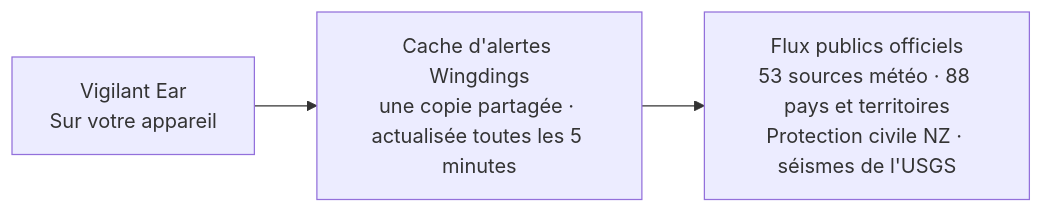
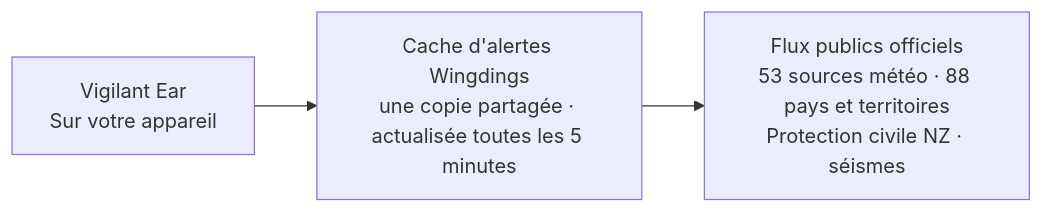
Before and after one commit to rpalm01-star/VigilantEarLegal: the fourth of 4 diagrams in README_fr.md, drawn with Mermaid. The commit also changed other lines of this file and 47 other files, not shown here.

````diff
--- a/README_fr.md
+++ b/README_fr.md
@@ -171,5 +171,5 @@
 ```mermaid
 graph LR
     P1["Vigilant Ear<br/>Sur votre appareil"] --> W["Cache d'alertes Wingdings<br/>une copie partagée · actualisée toutes les 5 minutes"]
-    W --> N["Flux publics officiels<br/>53 sources météo · 88 pays et territoires<br/>Protection civile NZ · séismes de l'USGS"]
+    W --> N["Flux publics officiels<br/>53 sources météo · 88 pays et territoires<br/>Protection civile NZ · séismes"]
 ```
````
